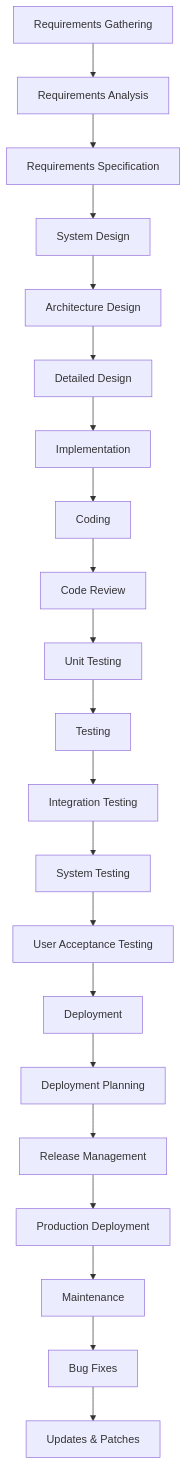
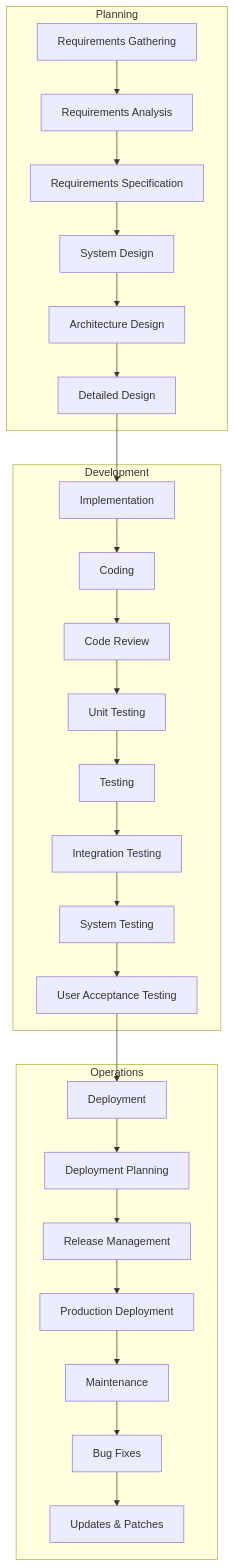
The diagram in temp-charts/flowchart_sequence/image_21.mmd (isauravmanitripathi/Animate-Mermaid-Chart), drawn with Mermaid before and after one commit. The commit also changed 58 other files, not shown here.

Commit message:
added proper working diagrams

```diff
--- a/temp-charts/flowchart_sequence/image_21.mmd
+++ b/temp-charts/flowchart_sequence/image_21.mmd
@@ -1,21 +1,51 @@
 flowchart TD
-A[Requirements Gathering] --> A1[Requirements Analysis]
-A1 --> A2[Requirements Specification]
-A2 --> B[System Design]
-B --> B1[Architecture Design]
-B1 --> B2[Detailed Design]
-B2 --> C[Implementation]
-C --> C1[Coding]
-C1 --> C2[Code Review]
-C2 --> C3[Unit Testing]
-C3 --> D[Testing]
-D --> D1[Integration Testing]
-D1 --> D2[System Testing]
-D2 --> D3[User Acceptance Testing]
-D3 --> E[Deployment]
-E --> E1[Deployment Planning]
-E1 --> E2[Release Management]
-E2 --> E3[Production Deployment]
-E3 --> F[Maintenance]
-F --> F1[Bug Fixes]
-F1 --> F2[Updates & Patches]
+    A[Requirements Gathering] --> A1[Requirements Analysis]
+    A1 --> A2[Requirements Specification]
+    A2 --> B[System Design]
+    B --> B1[Architecture Design]
+    B1 --> B2[Detailed Design]
+    B2 --> C[Implementation]
+    C --> C1[Coding]
+    C1 --> C2[Code Review]
+    C2 --> C3[Unit Testing]
+    C3 --> D[Testing]
+    D --> D1[Integration Testing]
+    D1 --> D2[System Testing]
+    D2 --> D3[User Acceptance Testing]
+    D3 --> E[Deployment]
+    E --> E1[Deployment Planning]
+    E1 --> E2[Release Management]
+    E2 --> E3[Production Deployment]
+    E3 --> F[Maintenance]
+    F --> F1[Bug Fixes]
+    F1 --> F2[Updates & Patches]
+
+subgraph Planning
+A
+A1
+A2
+B
+B1
+B2
+end
+
+subgraph Development
+C
+C1
+C2
+C3
+D
+D1
+D2
+D3
+end
+
+subgraph Operations
+E
+E1
+E2
+E3
+F
+F1
+F2
+end
```
